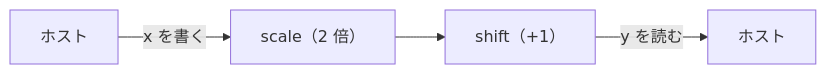
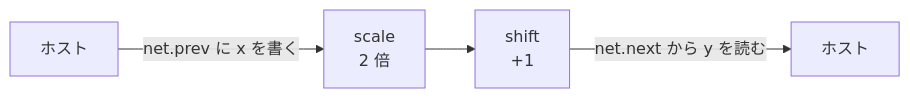
One commit to Geson-anko/mujou changed the first of 2 diagrams in docs/ja/tutorial/1-run.md. Above: the diagram before and after it, drawn with Mermaid. The commit also changed other lines of this file and 49 other files, not shown here.

````diff
--- a/docs/ja/tutorial/1-run.md
+++ b/docs/ja/tutorial/1-run.md
@@ -11,6 +5,6 @@
 ```mermaid
 flowchart LR
-    H1["ホスト"] -->|"x を書く"| S["scale（2 倍）"]
-    S --> F["shift（+1）"]
-    F -->|"y を読む"| H2["ホスト"]
+    H1["ホスト"] -->|"net.prev に x を書く"| S["scale<br/>2 倍"]
+    S --> F["shift<br/>+1"]
+    F -->|"net.next から y を読む"| H2["ホスト"]
 ```
````
